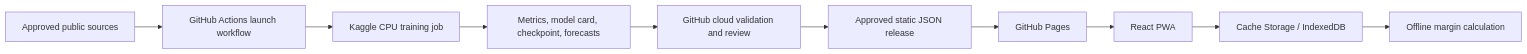
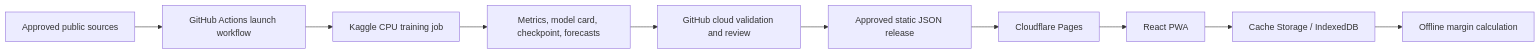
Before and after one commit to batestguy/crop-value-predictor: the diagram in docs/batch-training-architecture.md, drawn with Mermaid. The commit also changed other lines of this file and 29 other files, not shown here.

````diff
--- a/docs/batch-training-architecture.md
+++ b/docs/batch-training-architecture.md
@@ -14,12 +14,12 @@
 ```mermaid
 flowchart LR
     S[Approved public sources] --> G[GitHub Actions launch workflow]
     G --> K[Kaggle CPU training job]
     K --> O[Metrics, model card, checkpoint, forecasts]
     O --> V[GitHub cloud validation and review]
     V --> P[Approved static JSON release]
-    P --> H[GitHub Pages]
+    P --> H[Cloudflare Pages]
     H --> W[React PWA]
     W --> C[Cache Storage / IndexedDB]
     C --> D[Offline margin calculation]
 ```
````
